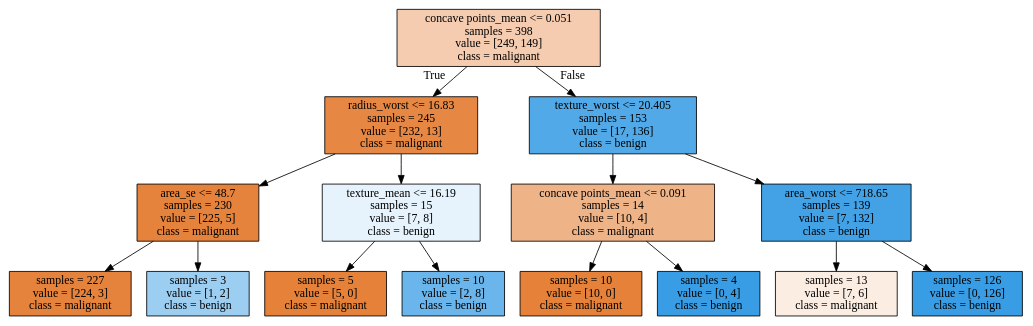
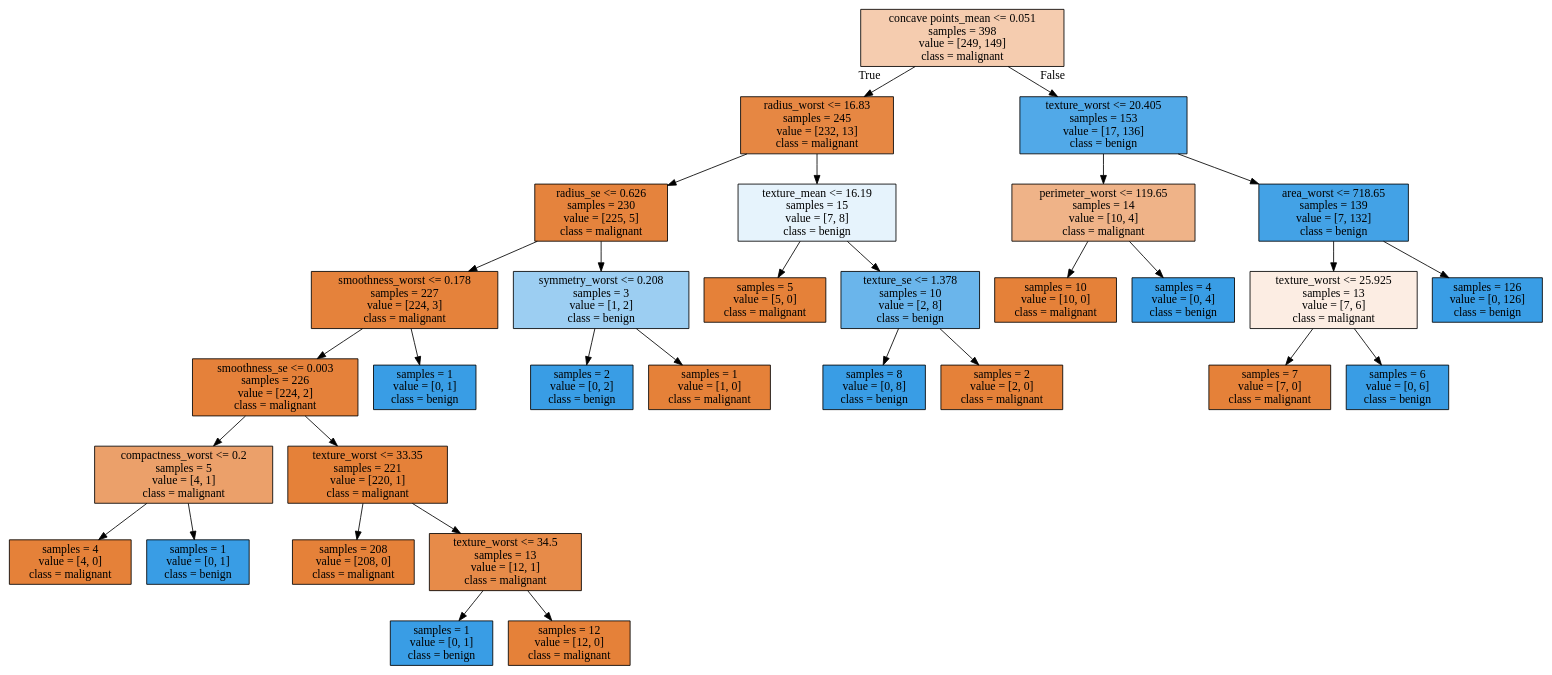
The diagram in tree.dot (ahmadnish/FOML2017), drawn with Graphviz before and after one commit. The commit also changed 14 other files, not shown here.

```diff
--- a/tree.dot
+++ b/tree.dot
@@ -1,32 +1,64 @@
 digraph Tree {
 node [shape=box, style="filled", color="black"] ;
 0 [label="concave points_mean <= 0.051\nsamples = 398\nvalue = [249, 149]\nclass = malignant", fillcolor="#e5813966"] ;
 1 [label="radius_worst <= 16.83\nsamples = 245\nvalue = [232, 13]\nclass = malignant", fillcolor="#e58139f1"] ;
 0 -> 1 [labeldistance=2.5, labelangle=45, headlabel="True"] ;
-2 [label="area_se <= 48.7\nsamples = 230\nvalue = [225, 5]\nclass = malignant", fillcolor="#e58139f9"] ;
+2 [label="radius_se <= 0.626\nsamples = 230\nvalue = [225, 5]\nclass = malignant", fillcolor="#e58139f9"] ;
 1 -> 2 ;
-3 [label="samples = 227\nvalue = [224, 3]\nclass = malignant", fillcolor="#e58139fc"] ;
+3 [label="smoothness_worst <= 0.178\nsamples = 227\nvalue = [224, 3]\nclass = malignant", fillcolor="#e58139fc"] ;
 2 -> 3 ;
-4 [label="samples = 3\nvalue = [1, 2]\nclass = benign", fillcolor="#399de57f"] ;
-2 -> 4 ;
-5 [label="texture_mean <= 16.19\nsamples = 15\nvalue = [7, 8]\nclass = benign", fillcolor="#399de520"] ;
-1 -> 5 ;
-6 [label="samples = 5\nvalue = [5, 0]\nclass = malignant", fillcolor="#e58139ff"] ;
+4 [label="smoothness_se <= 0.003\nsamples = 226\nvalue = [224, 2]\nclass = malignant", fillcolor="#e58139fd"] ;
+3 -> 4 ;
+5 [label="compactness_worst <= 0.2\nsamples = 5\nvalue = [4, 1]\nclass = malignant", fillcolor="#e58139bf"] ;
+4 -> 5 ;
+6 [label="samples = 4\nvalue = [4, 0]\nclass = malignant", fillcolor="#e58139ff"] ;
 5 -> 6 ;
-7 [label="samples = 10\nvalue = [2, 8]\nclass = benign", fillcolor="#399de5bf"] ;
+7 [label="samples = 1\nvalue = [0, 1]\nclass = benign", fillcolor="#399de5ff"] ;
 5 -> 7 ;
-8 [label="texture_worst <= 20.405\nsamples = 153\nvalue = [17, 136]\nclass = benign", fillcolor="#399de5df"] ;
-0 -> 8 [labeldistance=2.5, labelangle=-45, headlabel="False"] ;
-9 [label="concave points_mean <= 0.091\nsamples = 14\nvalue = [10, 4]\nclass = malignant", fillcolor="#e5813999"] ;
+8 [label="texture_worst <= 33.35\nsamples = 221\nvalue = [220, 1]\nclass = malignant", fillcolor="#e58139fe"] ;
+4 -> 8 ;
+9 [label="samples = 208\nvalue = [208, 0]\nclass = malignant", fillcolor="#e58139ff"] ;
 8 -> 9 ;
-10 [label="samples = 10\nvalue = [10, 0]\nclass = malignant", fillcolor="#e58139ff"] ;
-9 -> 10 ;
-11 [label="samples = 4\nvalue = [0, 4]\nclass = benign", fillcolor="#399de5ff"] ;
-9 -> 11 ;
-12 [label="area_worst <= 718.65\nsamples = 139\nvalue = [7, 132]\nclass = benign", fillcolor="#399de5f1"] ;
-8 -> 12 ;
-13 [label="samples = 13\nvalue = [7, 6]\nclass = malignant", fillcolor="#e5813924"] ;
-12 -> 13 ;
-14 [label="samples = 126\nvalue = [0, 126]\nclass = benign", fillcolor="#399de5ff"] ;
-12 -> 14 ;
+10 [label="texture_worst <= 34.5\nsamples = 13\nvalue = [12, 1]\nclass = malignant", fillcolor="#e58139ea"] ;
+8 -> 10 ;
+11 [label="samples = 1\nvalue = [0, 1]\nclass = benign", fillcolor="#399de5ff"] ;
+10 -> 11 ;
+12 [label="samples = 12\nvalue = [12, 0]\nclass = malignant", fillcolor="#e58139ff"] ;
+10 -> 12 ;
+13 [label="samples = 1\nvalue = [0, 1]\nclass = benign", fillcolor="#399de5ff"] ;
+3 -> 13 ;
+14 [label="symmetry_worst <= 0.208\nsamples = 3\nvalue = [1, 2]\nclass = benign", fillcolor="#399de57f"] ;
+2 -> 14 ;
+15 [label="samples = 2\nvalue = [0, 2]\nclass = benign", fillcolor="#399de5ff"] ;
+14 -> 15 ;
+16 [label="samples = 1\nvalue = [1, 0]\nclass = malignant", fillcolor="#e58139ff"] ;
+14 -> 16 ;
+17 [label="texture_mean <= 16.19\nsamples = 15\nvalue = [7, 8]\nclass = benign", fillcolor="#399de520"] ;
+1 -> 17 ;
+18 [label="samples = 5\nvalue = [5, 0]\nclass = malignant", fillcolor="#e58139ff"] ;
+17 -> 18 ;
+19 [label="texture_se <= 1.378\nsamples = 10\nvalue = [2, 8]\nclass = benign", fillcolor="#399de5bf"] ;
+17 -> 19 ;
+20 [label="samples = 8\nvalue = [0, 8]\nclass = benign", fillcolor="#399de5ff"] ;
+19 -> 20 ;
+21 [label="samples = 2\nvalue = [2, 0]\nclass = malignant", fillcolor="#e58139ff"] ;
+19 -> 21 ;
+22 [label="texture_worst <= 20.405\nsamples = 153\nvalue = [17, 136]\nclass = benign", fillcolor="#399de5df"] ;
+0 -> 22 [labeldistance=2.5, labelangle=-45, headlabel="False"] ;
+23 [label="perimeter_worst <= 119.65\nsamples = 14\nvalue = [10, 4]\nclass = malignant", fillcolor="#e5813999"] ;
+22 -> 23 ;
+24 [label="samples = 10\nvalue = [10, 0]\nclass = malignant", fillcolor="#e58139ff"] ;
+23 -> 24 ;
+25 [label="samples = 4\nvalue = [0, 4]\nclass = benign", fillcolor="#399de5ff"] ;
+23 -> 25 ;
+26 [label="area_worst <= 718.65\nsamples = 139\nvalue = [7, 132]\nclass = benign", fillcolor="#399de5f1"] ;
+22 -> 26 ;
+27 [label="texture_worst <= 25.925\nsamples = 13\nvalue = [7, 6]\nclass = malignant", fillcolor="#e5813924"] ;
+26 -> 27 ;
+28 [label="samples = 7\nvalue = [7, 0]\nclass = malignant", fillcolor="#e58139ff"] ;
+27 -> 28 ;
+29 [label="samples = 6\nvalue = [0, 6]\nclass = benign", fillcolor="#399de5ff"] ;
+27 -> 29 ;
+30 [label="samples = 126\nvalue = [0, 126]\nclass = benign", fillcolor="#399de5ff"] ;
+26 -> 30 ;
 }
```
